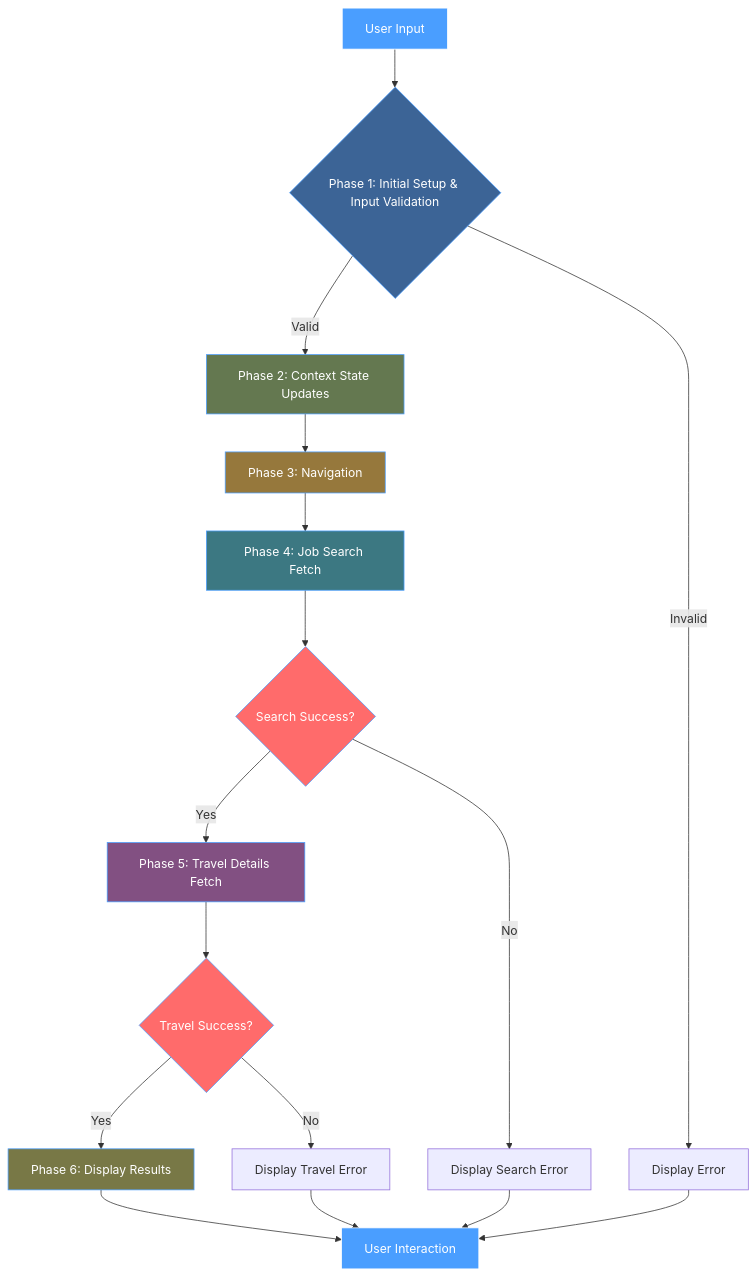
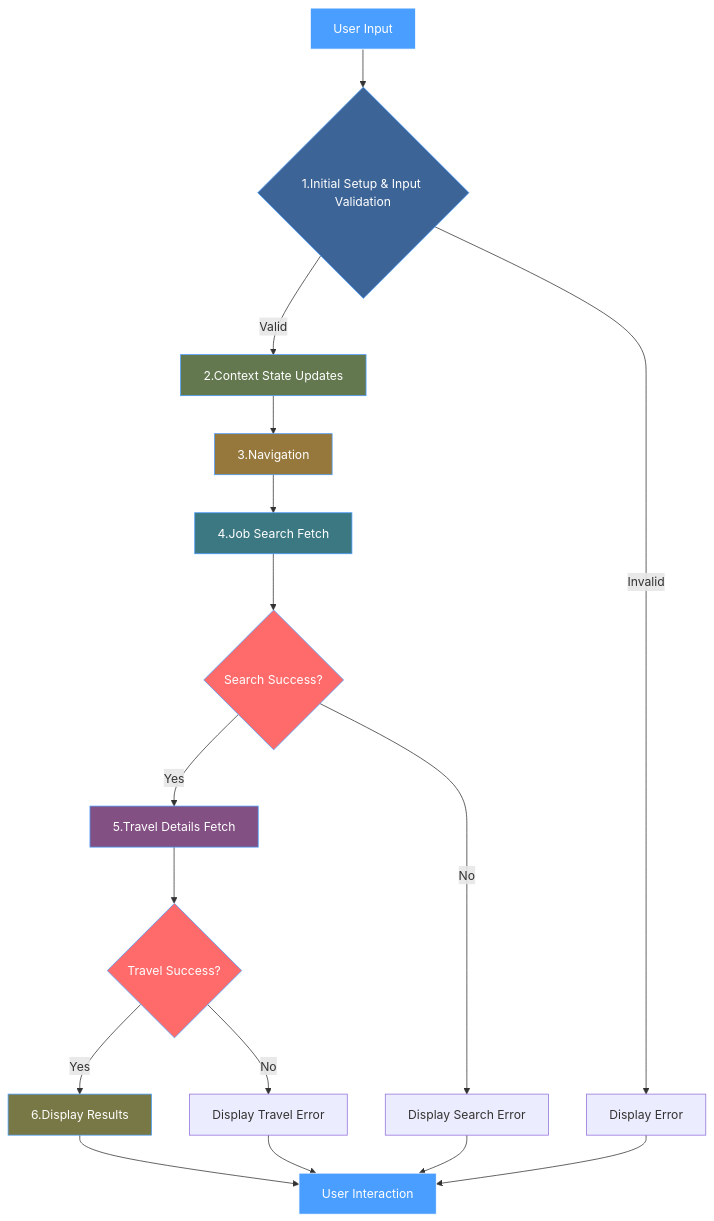
The diagram in documentation/jobFetch/_JobFetchFlowchart.md (YahyaAl-Ademi/2025.10.23-JobCompass), drawn with Mermaid before and after one commit.

Commit message:
Refactor job fetch flowchart to use numbered phases for clarity and consistency in documentation.

````diff
--- a/documentation/jobFetch/_JobFetchFlowchart.md
+++ b/documentation/jobFetch/_JobFetchFlowchart.md
@@ -1,29 +1,36 @@
 ```mermaid
 flowchart TD
-    A[User Input] --> B{Phase 1: Initial Setup & Input Validation}
-    B -->|Valid| C[Phase 2: Context State Updates]
+    A[User Input] --> B{1.Initial Setup & Input Validation}
+    B -->|Valid| C[2.Context State Updates]
     B -->|Invalid| Z[Display Error]
-    C --> D[Phase 3: Navigation]
-    D --> E[Phase 4: Job Search Fetch]
+    C --> D[3.Navigation]
+    D --> E[4.Job Search Fetch]
     E --> F{Search Success?}
-    F -->|Yes| G[Phase 5: Travel Details Fetch]
+    F -->|Yes| G[5.Travel Details Fetch]
     F -->|No| H[Display Search Error]
     G --> I{Travel Success?}
-    I -->|Yes| J[Phase 6: Display Results]
+    I -->|Yes| J[6.Display Results]
     I -->|No| K[Display Travel Error]
     J --> L[User Interaction]
     H --> L
     K --> L
     Z --> L
 
     style A fill:#4a9eff,stroke:#fff,color:#fff
     style B fill:#3c6496,stroke:#4a9eff,color:#fff
     style C fill:#647850,stroke:#4a9eff,color:#fff
     style D fill:#96783c,stroke:#4a9eff,color:#fff
     style E fill:#3c7882,stroke:#4a9eff,color:#fff
     style F fill:#ff6b6b,stroke:#4a9eff,color:#fff
     style G fill:#825082,stroke:#4a9eff,color:#fff
     style I fill:#ff6b6b,stroke:#4a9eff,color:#fff
     style J fill:#787846,stroke:#4a9eff,color:#fff
     style L fill:#4a9eff,stroke:#fff,color:#fff
+
+    click B "./1.Initial%20Setup%20&%20Input%20Validation.md" "View Phase 1 Details"
+    click C "./2.Context%20State%20Updates.md" "View Phase 2 Details"
+    click D "./3.Navigation.md" "View Phase 3 Details"
+    click E "./4.Job%20Search%20Fetch.md" "View Phase 4 Details"
+    click G "./5.Travel%20Details%20Fetch.md" "View Phase 5 Details"
+    click J "./6.Display%20Results.md" "View Phase 6 Details"
 ```
````
